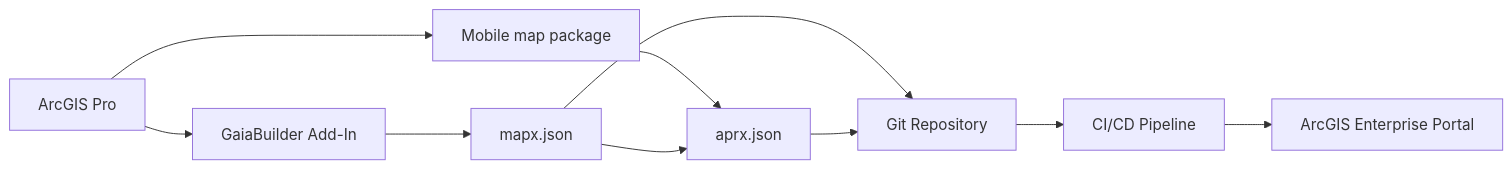
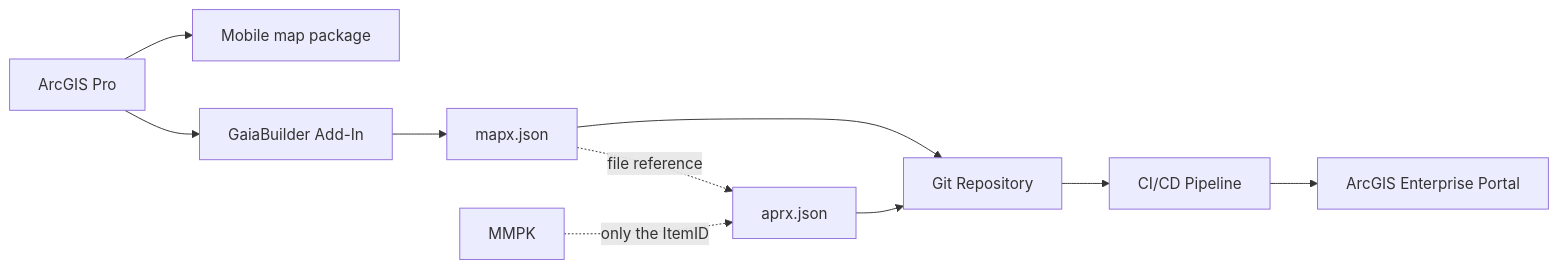
The diagram in Configuration_examples/Mobile map package/README.md (merkator-software/GaiaBuilder-manual), drawn with Mermaid before and after one commit.

Commit message:
Update README.md with MMPK and file reference changes

````diff
--- a/Configuration_examples/Mobile map package/README.md
+++ b/Configuration_examples/Mobile map package/README.md
@@ -16,21 +16,21 @@
 ```mermaid
 graph LR
   pro[ArcGIS Pro]
   addon[GaiaBuilder Add-In]
   mmpk[Mobile map package]
   mapx[mapx.json]
   aprx[aprx.json]
   git[Git Repository]
   pipeline[CI/CD Pipeline]
   portal[ArcGIS Enterprise Portal]
 
   pro --> mmpk
-  mmpk --> aprx
+  MMPK -.->|only the ItemID| aprx
   pro --> addon
   addon --> mapx
   mapx --> git
-  mapx --> aprx
+  mapx -.->|file reference|aprx
   aprx --> git
   git --> pipeline
   pipeline --> portal
 ```
````
